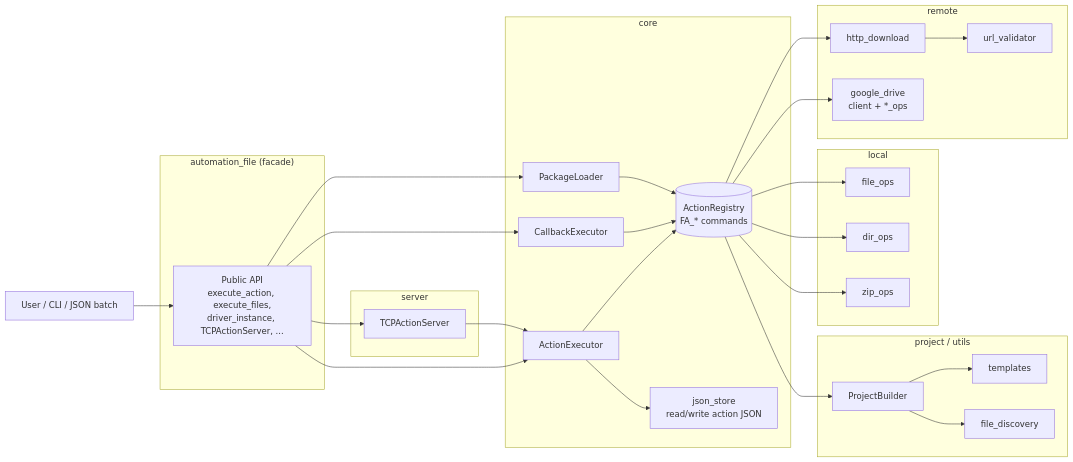
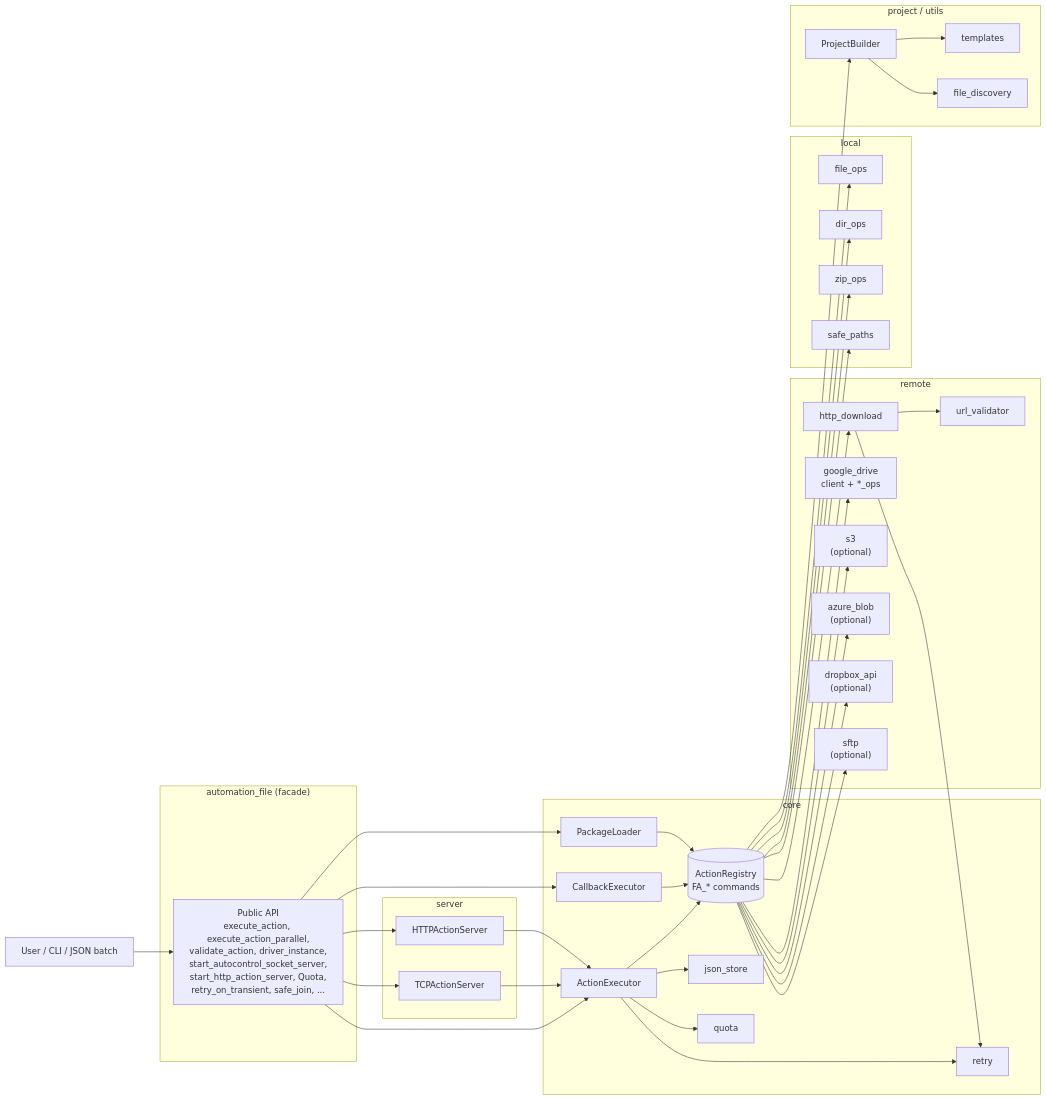
The diagram in README.md (Integration-Automation/FileAutomation), drawn with Mermaid before and after one commit. The commit also changed other lines of this file and 56 other files, not shown here.

First line of the commit message:
Add validation, parallel/dry-run, retry, quota, optional cloud backends, HTTP server

````diff
--- a/README.md
+++ b/README.md
@@ -16,61 +21,79 @@
 ```mermaid
 flowchart LR
     User[User / CLI / JSON batch]
 
     subgraph Facade["automation_file (facade)"]
-        Public["Public API<br/>execute_action, execute_files,<br/>driver_instance, TCPActionServer, ..."]
+        Public["Public API<br/>execute_action, execute_action_parallel,<br/>validate_action, driver_instance,<br/>start_autocontrol_socket_server,<br/>start_http_action_server, Quota,<br/>retry_on_transient, safe_join, ..."]
     end
 
     subgraph Core["core"]
         Registry[(ActionRegistry<br/>FA_* commands)]
         Executor[ActionExecutor]
         Callback[CallbackExecutor]
         Loader[PackageLoader]
-        Json[json_store<br/>read/write action JSON]
+        Json[json_store]
+        Retry[retry]
+        QuotaMod[quota]
     end
 
     subgraph Local["local"]
         FileOps[file_ops]
         DirOps[dir_ops]
         ZipOps[zip_ops]
+        Safe[safe_paths]
     end
 
     subgraph Remote["remote"]
         UrlVal[url_validator]
         Http[http_download]
         Drive["google_drive<br/>client + *_ops"]
+        S3["s3<br/>(optional)"]
+        Azure["azure_blob<br/>(optional)"]
+        Dropbox["dropbox_api<br/>(optional)"]
+        SFTP["sftp<br/>(optional)"]
     end
 
     subgraph Server["server"]
         TCP[TCPActionServer]
+        HTTP[HTTPActionServer]
     end
 
     subgraph Project["project / utils"]
         Builder[ProjectBuilder]
         Templates[templates]
         Discovery[file_discovery]
     end
 
     User --> Public
     Public --> Executor
     Public --> Callback
     Public --> Loader
     Public --> TCP
+    Public --> HTTP
 
     Executor --> Registry
+    Executor --> Retry
+    Executor --> QuotaMod
     Callback --> Registry
     Loader --> Registry
     TCP --> Executor
+    HTTP --> Executor
     Executor --> Json
 
     Registry --> FileOps
     Registry --> DirOps
     Registry --> ZipOps
+    Registry --> Safe
     Registry --> Http
     Registry --> Drive
+    Registry --> S3
+    Registry --> Azure
+    Registry --> Dropbox
+    Registry --> SFTP
     Registry --> Builder
 
     Http --> UrlVal
+    Http --> Retry
     Builder --> Templates
     Builder --> Discovery
 ```
````
